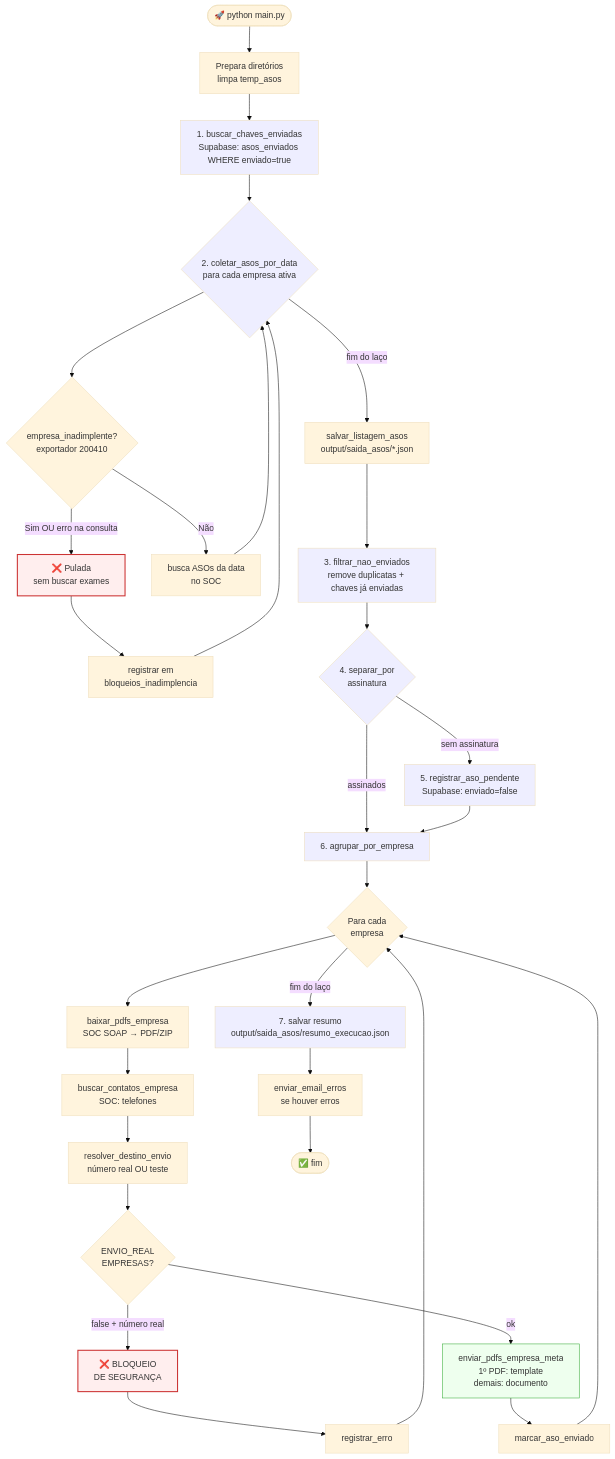
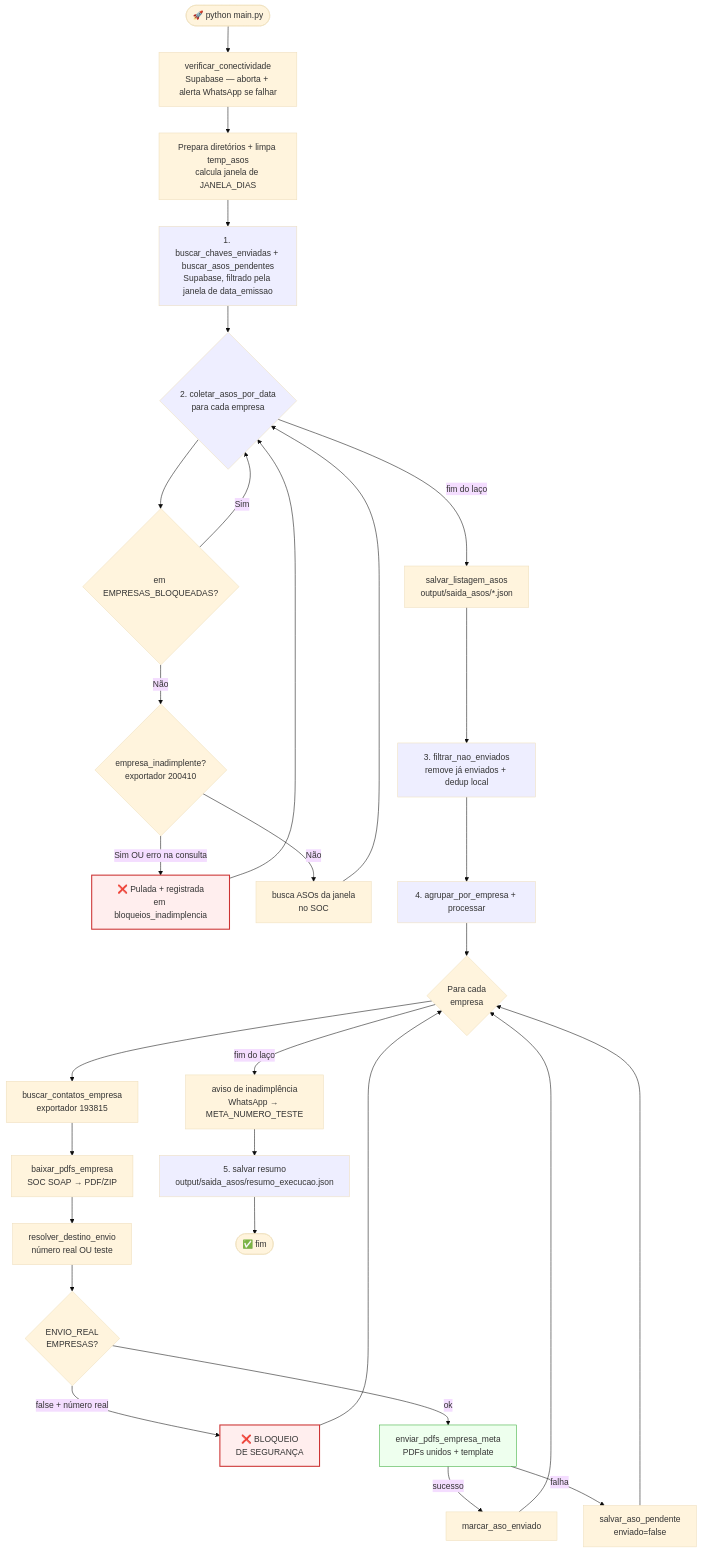
The second of 8 diagrams in ARCHITECTURE.md (safehelp-agentes/Mensageria_ASOs), drawn with Mermaid (base theme) before and after one commit. The commit also changed other lines of this file and 4 other files, not shown here.

````diff
--- a/ARCHITECTURE.md
+++ b/ARCHITECTURE.md
@@ -58,43 +56,41 @@
 ```mermaid
 flowchart TD
-    Start([🚀 python main.py]) --> Prep[Prepara diretórios<br/>limpa temp_asos]
-    Prep --> E1[1. buscar_chaves_enviadas<br/>Supabase: asos_enviados WHERE enviado=true]
-    E1 --> E2{2. coletar_asos_por_data<br/>para cada empresa ativa}
-    E2 --> Inad{empresa_inadimplente?<br/>exportador 200410}
-    Inad -->|Sim OU erro na consulta| Skip[❌ Pulada<br/>sem buscar exames]
-    Skip --> Aviso[registrar em<br/>bloqueios_inadimplencia]
-    Aviso --> E2
-    Inad -->|Não| Busca[busca ASOs da data<br/>no SOC]
+    Start([🚀 python main.py]) --> Conn[verificar_conectividade<br/>Supabase — aborta + alerta WhatsApp se falhar]
+    Conn --> Prep[Prepara diretórios + limpa temp_asos<br/>calcula janela de JANELA_DIAS]
+    Prep --> E1[1. buscar_chaves_enviadas + buscar_asos_pendentes<br/>Supabase, filtrado pela janela de data_emissao]
+    E1 --> E2{2. coletar_asos_por_data<br/>para cada empresa}
+    E2 --> Bloq{em EMPRESAS_BLOQUEADAS?}
+    Bloq -->|Sim| E2
+    Bloq -->|Não| Inad{empresa_inadimplente?<br/>exportador 200410}
+    Inad -->|Sim OU erro na consulta| Skip[❌ Pulada + registrada<br/>em bloqueios_inadimplencia]
+    Skip --> E2
+    Inad -->|Não| Busca[busca ASOs da janela<br/>no SOC]
     Busca --> E2
     E2 -->|fim do laço| Save[salvar_listagem_asos<br/>output/saida_asos/*.json]
-    Save --> E3[3. filtrar_nao_enviados<br/>remove duplicatas + chaves já enviadas]
-    E3 --> E4{4. separar_por<br/>assinatura}
-    E4 -->|sem assinatura| E5[5. registrar_aso_pendente<br/>Supabase: enviado=false]
-    E4 -->|assinados| E6
-    E5 --> E6[6. agrupar_por_empresa]
-    E6 --> Loop{Para cada<br/>empresa}
-    Loop --> DL[baixar_pdfs_empresa<br/>SOC SOAP → PDF/ZIP]
-    DL --> Contatos[buscar_contatos_empresa<br/>SOC: telefones]
-    Contatos --> Resolve[resolver_destino_envio<br/>número real OU teste]
+    Save --> E3[3. filtrar_nao_enviados<br/>remove já enviados + dedup local]
+    E3 --> E4[4. agrupar_por_empresa + processar]
+    E4 --> Loop{Para cada<br/>empresa}
+    Loop --> Contato[buscar_contatos_empresa<br/>exportador 193815]
+    Contato --> DL[baixar_pdfs_empresa<br/>SOC SOAP → PDF/ZIP]
+    DL --> Resolve[resolver_destino_envio<br/>número real OU teste]
     Resolve --> Guard{ENVIO_REAL<br/>EMPRESAS?}
     Guard -->|false + número real| Abort[❌ BLOQUEIO<br/>DE SEGURANÇA]
-    Guard -->|ok| Send[enviar_pdfs_empresa_meta<br/>1º PDF: template<br/>demais: documento]
-    Send --> Mark[marcar_aso_enviado]
+    Guard -->|ok| Send[enviar_pdfs_empresa_meta<br/>PDFs unidos + template]
+    Send -->|sucesso| Mark[marcar_aso_enviado]
+    Send -->|falha| Pend[salvar_aso_pendente<br/>enviado=false]
     Mark --> Loop
-    Loop -->|fim do laço| E7[7. salvar resumo<br/>output/saida_asos/resumo_execucao.json]
-    Abort --> Erro[registrar_erro]
-    Erro --> Loop
-    E7 --> Email[enviar_email_erros<br/>se houver erros]
-    Email --> End([✅ fim])
+    Pend --> Loop
+    Abort --> Loop
+    Loop -->|fim do laço| Aviso[aviso de inadimplência<br/>WhatsApp → META_NUMERO_TESTE]
+    Aviso --> E5[5. salvar resumo<br/>output/saida_asos/resumo_execucao.json]
+    E5 --> End([✅ fim])
 
     style Abort fill:#fee,stroke:#c33,stroke-width:2px
     style Skip fill:#fee,stroke:#c33,stroke-width:2px
     style Send fill:#efe,stroke:#3a3
     style E1 fill:#eef
     style E2 fill:#eef
     style E3 fill:#eef
     style E4 fill:#eef
     style E5 fill:#eef
-    style E6 fill:#eef
-    style E7 fill:#eef
 ```
````
